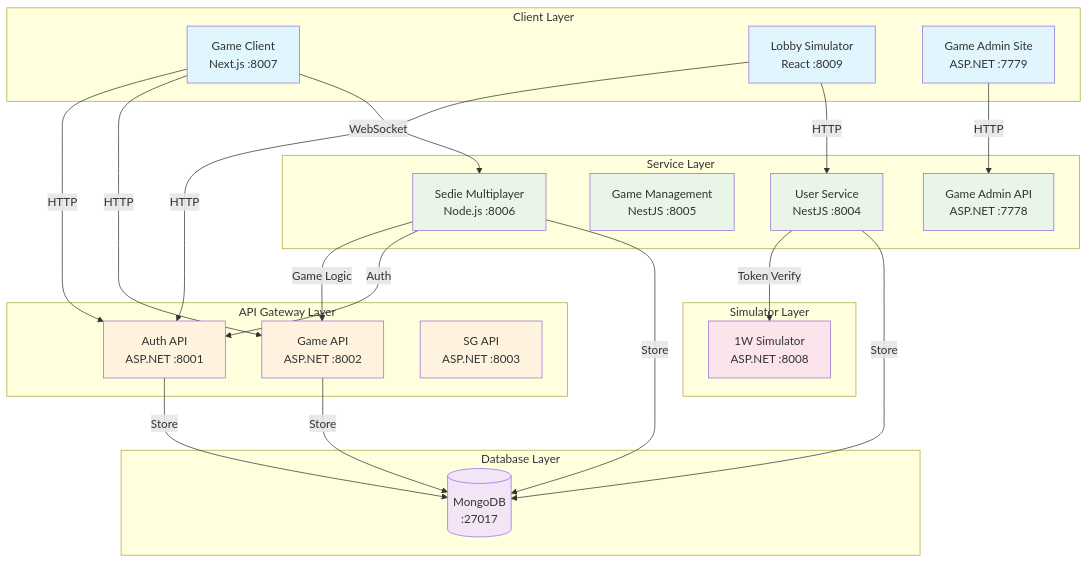
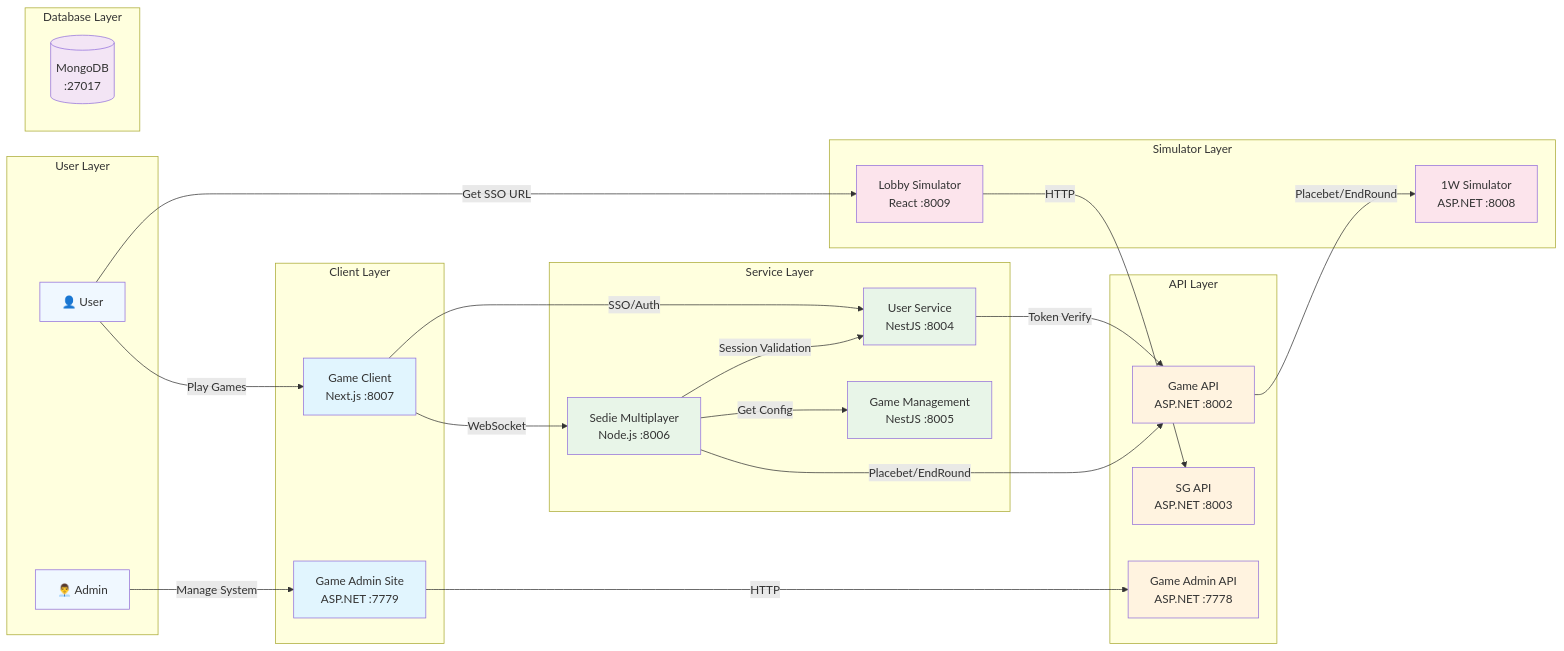
The first of 2 diagrams in README.md (starixvn/l1_training_backend-training), drawn with Mermaid before and after one commit. The commit also changed other lines of this file, not shown here.

Commit message:
docs: revise README.md to enhance system architecture diagram, update service interactions, and clarify communication patterns

````diff
--- a/README.md
+++ b/README.md
@@ -69,63 +69,70 @@
 ```mermaid
-graph TB
+graph LR
+    subgraph "User Layer"
+        USER[👤 User]
+        ADMIN[👨‍💼 Admin]
+    end
+
     subgraph "Client Layer"
         GC[Game Client<br/>Next.js :8007]
-        LS[Lobby Simulator<br/>React :8009]
         GAS[Game Admin Site<br/>ASP.NET :7779]
     end
 
-    subgraph "API Gateway Layer"
-        LAUTH[Auth API<br/>ASP.NET :8001]
+    subgraph "API Layer"
         LWEB[Game API<br/>ASP.NET :8002]
         SGAPI[SG API<br/>ASP.NET :8003]
+        GAA[Game Admin API<br/>ASP.NET :7778]
     end
 
     subgraph "Service Layer"
         US[User Service<br/>NestJS :8004]
+        SMS[Sedie Multiplayer<br/>Node.js :8006]
         GMS[Game Management<br/>NestJS :8005]
-        SMS[Sedie Multiplayer<br/>Node.js :8006]
-        GAA[Game Admin API<br/>ASP.NET :7778]
     end
 
     subgraph "Simulator Layer"
         OWS[1W Simulator<br/>ASP.NET :8008]
+        LS[Lobby Simulator<br/>React :8009]
     end
 
     subgraph "Database Layer"
         MONGO[(MongoDB<br/>:27017)]
     end
 
+    %% User Interactions
+    USER -->|Play Games| GC
+    USER -->|Get SSO URL| LS
+    ADMIN -->|Manage System| GAS
+
     %% Core Client Connections
-    GC -->|HTTP| LAUTH
-    GC -->|HTTP| LWEB
+    GC -->|SSO/Auth| US
     GC -->|WebSocket| SMS
 
-    LS -->|HTTP| LAUTH
-    LS -->|HTTP| US
+    LS -->|HTTP| SGAPI
 
     GAS -->|HTTP| GAA
 
     %% Core Service Dependencies
-    US -->|Token Verify| OWS
-    SMS -->|Game Logic| LWEB
-    SMS -->|Auth| LAUTH
+    US -->|Token Verify| LWEB
+    SMS -->|Get Config| GMS
+    SMS -->|Placebet/EndRound| LWEB
+    SMS -->|Session Validation| US
+    LWEB -->|Placebet/EndRound| OWS
 
-    %% Database (simplified)
-    LAUTH -->|Store| MONGO
-    LWEB -->|Store| MONGO
-    US -->|Store| MONGO
-    SMS -->|Store| MONGO
+
 
     %% Styling
+    classDef userLayer fill:#f0f8ff
     classDef clientLayer fill:#e1f5fe
     classDef apiLayer fill:#fff3e0
     classDef serviceLayer fill:#e8f5e8
     classDef simLayer fill:#fce4ec
     classDef dbLayer fill:#f3e5f5
 
-    class GC,LS,GAS clientLayer
-    class LAUTH,LWEB,SGAPI apiLayer
-    class US,GMS,SMS,GAA serviceLayer
-    class OWS simLayer
+    class USER,ADMIN userLayer
+    class GC,GAS clientLayer
+    class LWEB,SGAPI,GAA apiLayer
+    class US,SMS,GMS serviceLayer
+    class LS,OWS simLayer
     class MONGO dbLayer
 ```
````
